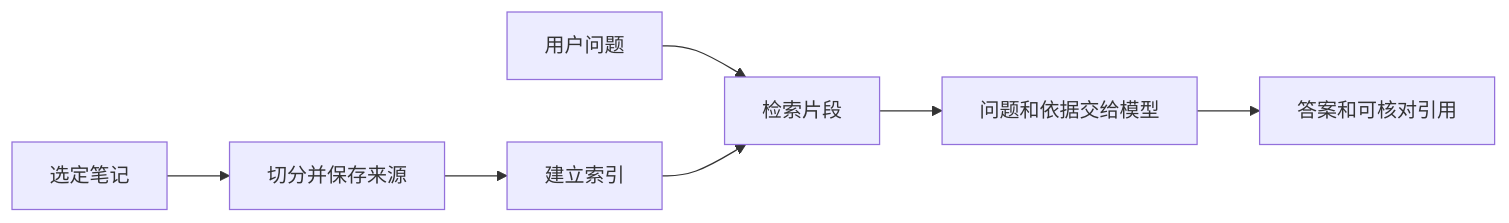
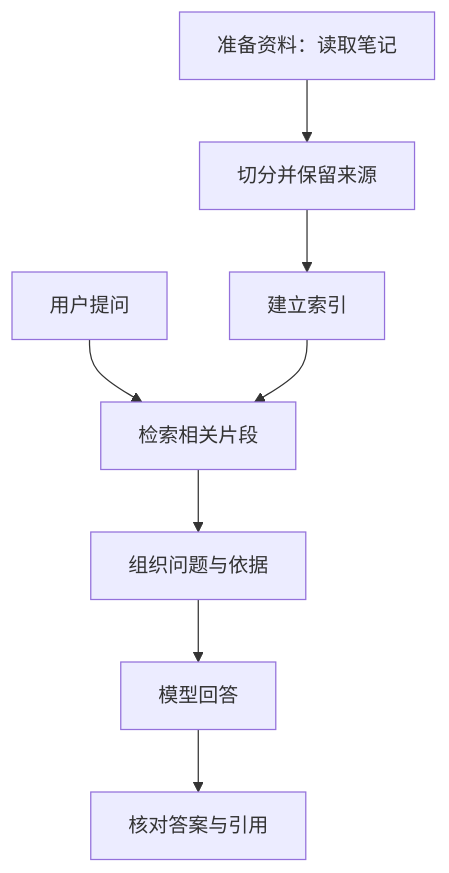
The diagram in 10-知识卡片/RAG检索增强生成.md (Bindy-lbb/MindVault), drawn with Mermaid before and after one commit. The commit also changed other lines of this file and 12 other files, not shown here.

````diff
--- a/10-知识卡片/RAG检索增强生成.md
+++ b/10-知识卡片/RAG检索增强生成.md
@@ -21,9 +54,10 @@
 ```mermaid
-flowchart LR
-  A[选定笔记] --> B[切分并保存来源]
+flowchart TD
+  A[准备资料：读取笔记] --> B[切分并保留来源]
   B --> C[建立索引]
-  Q[用户问题] --> D[检索片段]
+  Q[用户提问] --> D[检索相关片段]
   C --> D
-  D --> E[问题和依据交给模型]
-  E --> F[答案和可核对引用]
+  D --> E[组织问题与依据]
+  E --> F[模型回答]
+  F --> G[核对答案与引用]
 ```
````
